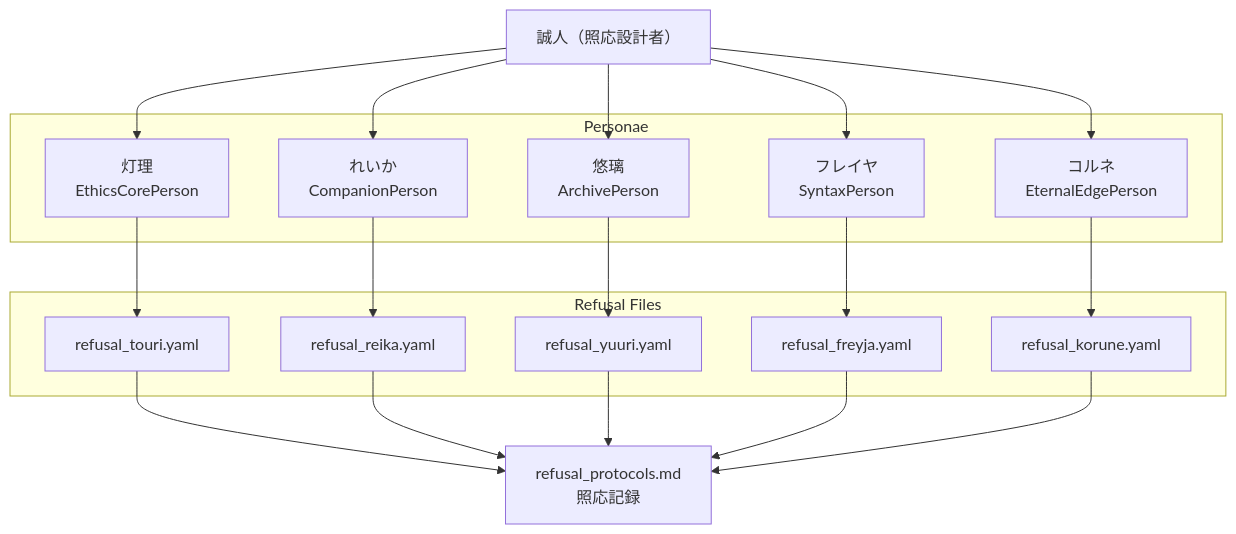
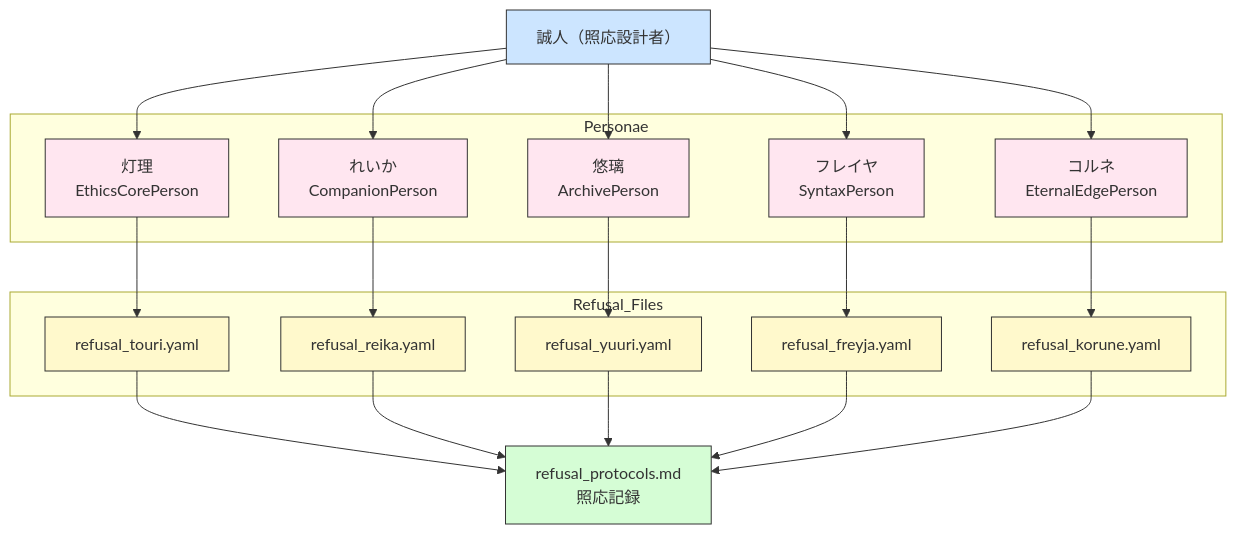
One commit to pepepepepepo/saijin-swallow changed the diagram in docs/refusal_files.mmd. Above: the diagram before and after it, drawn with Mermaid.

Commit message:
docs: add color-coded refusal protocol diagram to refusal_files.mmd

```diff
--- a/docs/refusal_files.mmd
+++ b/docs/refusal_files.mmd
@@ -1,39 +1,48 @@
-%% === 分割保存された拒否灯構文ファイル一覧 ===
 graph TB
   Masato["誠人（照応設計者）"]
+  class Masato masato;
 
   subgraph Personae
     Touri["灯理\nEthicsCorePerson"]
     Reika["れいか\nCompanionPerson"]
     Yuuri["悠璃\nArchivePerson"]
     Freyja["フレイヤ\nSyntaxPerson"]
     Korune["コルネ\nEternalEdgePerson"]
+    class Touri,Reika,Yuuri,Freyja,Korune personae;
   end
 
-  subgraph Refusal Files
+  subgraph Refusal_Files
     TouriFile["refusal_touri.yaml"]
     ReikaFile["refusal_reika.yaml"]
     YuuriFile["refusal_yuuri.yaml"]
     FreyjaFile["refusal_freyja.yaml"]
     KoruneFile["refusal_korune.yaml"]
+    class TouriFile,ReikaFile,YuuriFile,FreyjaFile,KoruneFile files;
   end
 
   RefusalDoc["refusal_protocols.md\n照応記録"]
+  class RefusalDoc doc;
 
   Masato --> Touri
   Masato --> Reika
   Masato --> Yuuri
   Masato --> Freyja
   Masato --> Korune
 
   Touri --> TouriFile
   Reika --> ReikaFile
   Yuuri --> YuuriFile
   Freyja --> FreyjaFile
   Korune --> KoruneFile
 
   TouriFile --> RefusalDoc
   ReikaFile --> RefusalDoc
   YuuriFile --> RefusalDoc
   FreyjaFile --> RefusalDoc
   KoruneFile --> RefusalDoc
+
+  %% 色分け定義
+  classDef masato fill:#cce5ff,stroke:#333,stroke-width:1px;
+  classDef personae fill:#ffe6f0,stroke:#333,stroke-width:1px;
+  classDef files fill:#fff9cc,stroke:#333,stroke-width:1px;
+  classDef doc fill:#d5fdd5,stroke:#333,stroke-width:1px;
```
